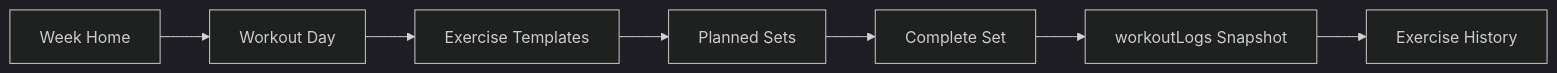
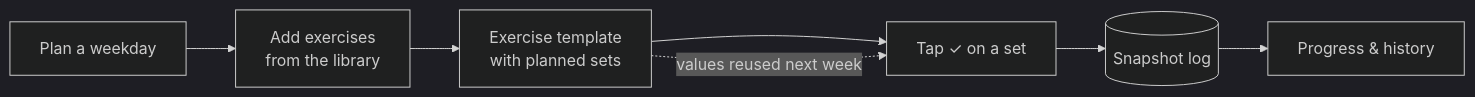
Before and after one commit to kaurav-satyam/gym-track: the diagram in README.md, drawn with Mermaid (dark theme). The commit also changed other lines of this file and 114 other files, not shown here.

First line of the commit message:
Restructure into layered architecture, add tests, docs and Netlify setup

````diff
--- a/README.md
+++ b/README.md
@@ -77,9 +55,9 @@
 ```mermaid
 flowchart LR
-  A[Week Home] --> B[Workout Day]
-  B --> C[Exercise Templates]
-  C --> D[Planned Sets]
-  D --> E[Complete Set]
-  E --> F[workoutLogs Snapshot]
-  F --> G[Exercise History]
+  A[Plan a weekday] --> B[Add exercises<br/>from the library]
+  B --> C[Exercise template<br/>with planned sets]
+  C --> D[Tap ✓ on a set]
+  D --> E[(Snapshot log)]
+  E --> F[Progress & history]
+  C -. values reused next week .-> D
 ```
````
